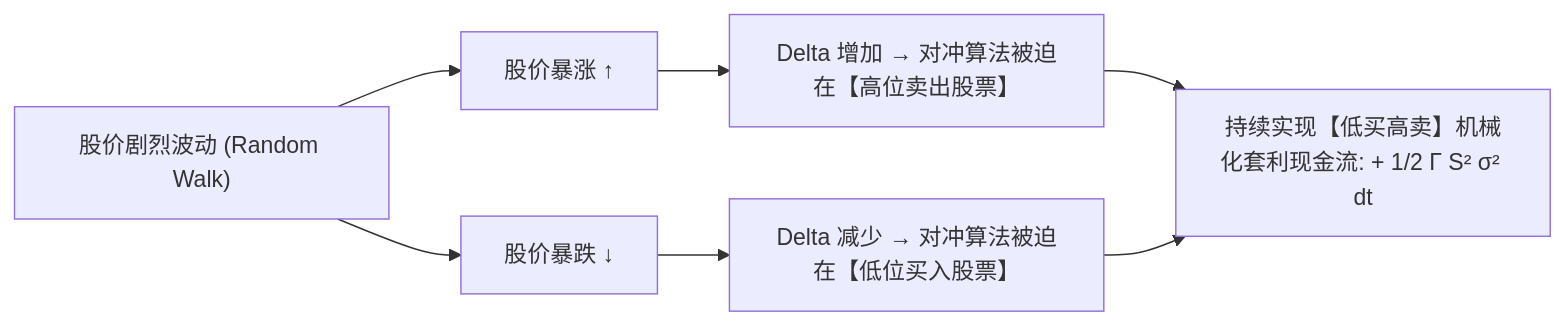
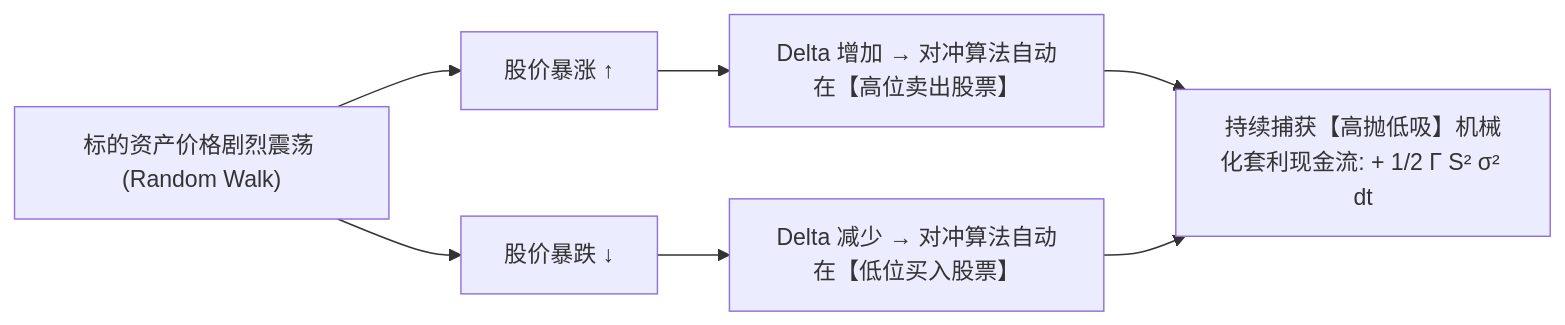
The second of 3 diagrams in notes/quant/Quant12 Brownian Motion Ito Calculus Stopping Times and Options.md (CurryTang/mlphdinterview), drawn with Mermaid before and after one commit. The commit also changed other lines of this file and 1 other file, not shown here.

````diff
--- a/notes/quant/Quant12 Brownian Motion Ito Calculus Stopping Times and Options.md
+++ b/notes/quant/Quant12 Brownian Motion Ito Calculus Stopping Times and Options.md
@@ -443,9 +485,9 @@
 ```mermaid
 graph LR
-    A["股价剧烈波动 (Random Walk)"] --> B["股价暴涨 ↑"]
+    A["标的资产价格剧烈震荡 (Random Walk)"] --> B["股价暴涨 ↑"]
     A --> C["股价暴跌 ↓"]
-    B --> D["Delta 增加 → 对冲算法被迫在【高位卖出股票】"]
-    C --> E["Delta 减少 → 对冲算法被迫在【低位买入股票】"]
-    D --> F["持续实现【低买高卖】机械化套利现金流: + 1/2 Γ S² σ² dt"]
+    B --> D["Delta 增加 → 对冲算法自动在【高位卖出股票】"]
+    C --> E["Delta 减少 → 对冲算法自动在【低位买入股票】"]
+    D --> F["持续捕获【高抛低吸】机械化套利现金流: + 1/2 Γ S² σ² dt"]
     E --> F
 ```
````
